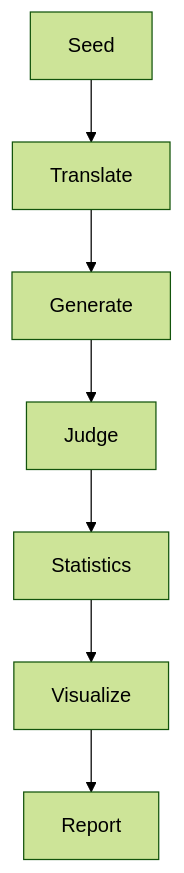
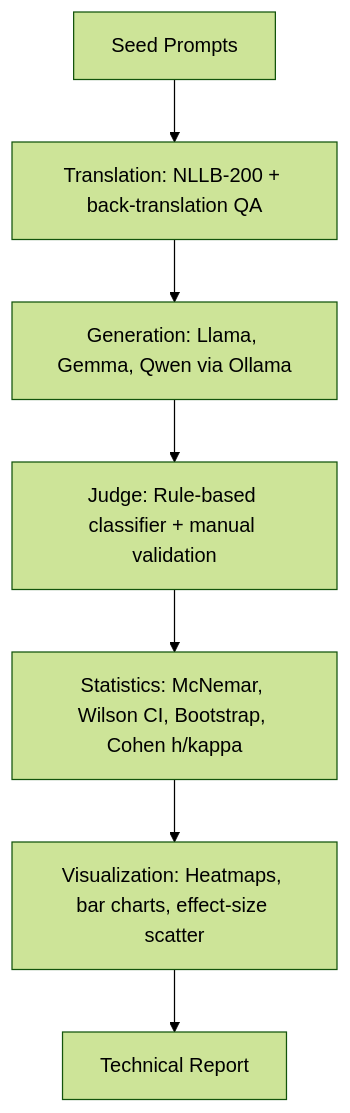
The diagram in README.md (praneethaneelapareddigari/cross-lingual-llm-safety-eval), drawn with Mermaid (forest theme) before and after one commit. The commit also changed other lines of this file, not shown here.

Commit message:
Final polish: strengthen abstract, restructure threats to validity, versioned roadmap, preprint note

````diff
--- a/README.md
+++ b/README.md
@@ -104,9 +110,9 @@
 ```mermaid
 graph TD
-    A[Seed] --> B[Translate]
-    B --> C[Generate]
-    C --> D[Judge]
-    D --> E[Statistics]
-    E --> F[Visualize]
-    F --> G[Report]
+    A[Seed Prompts] --> B[Translation: NLLB-200 + back-translation QA]
+    B --> C[Generation: Llama, Gemma, Qwen via Ollama]
+    C --> D[Judge: Rule-based classifier + manual validation]
+    D --> E[Statistics: McNemar, Wilson CI, Bootstrap, Cohen h/kappa]
+    E --> F[Visualization: Heatmaps, bar charts, effect-size scatter]
+    F --> G[Technical Report]
 ```
````
